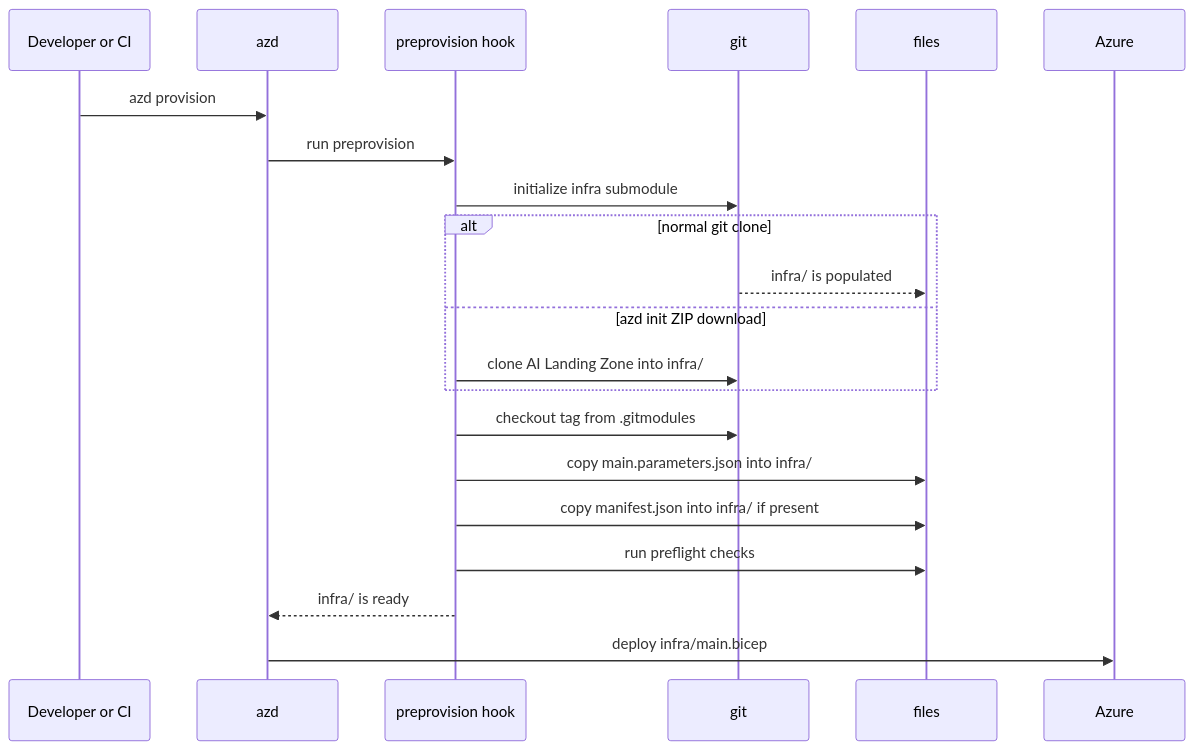
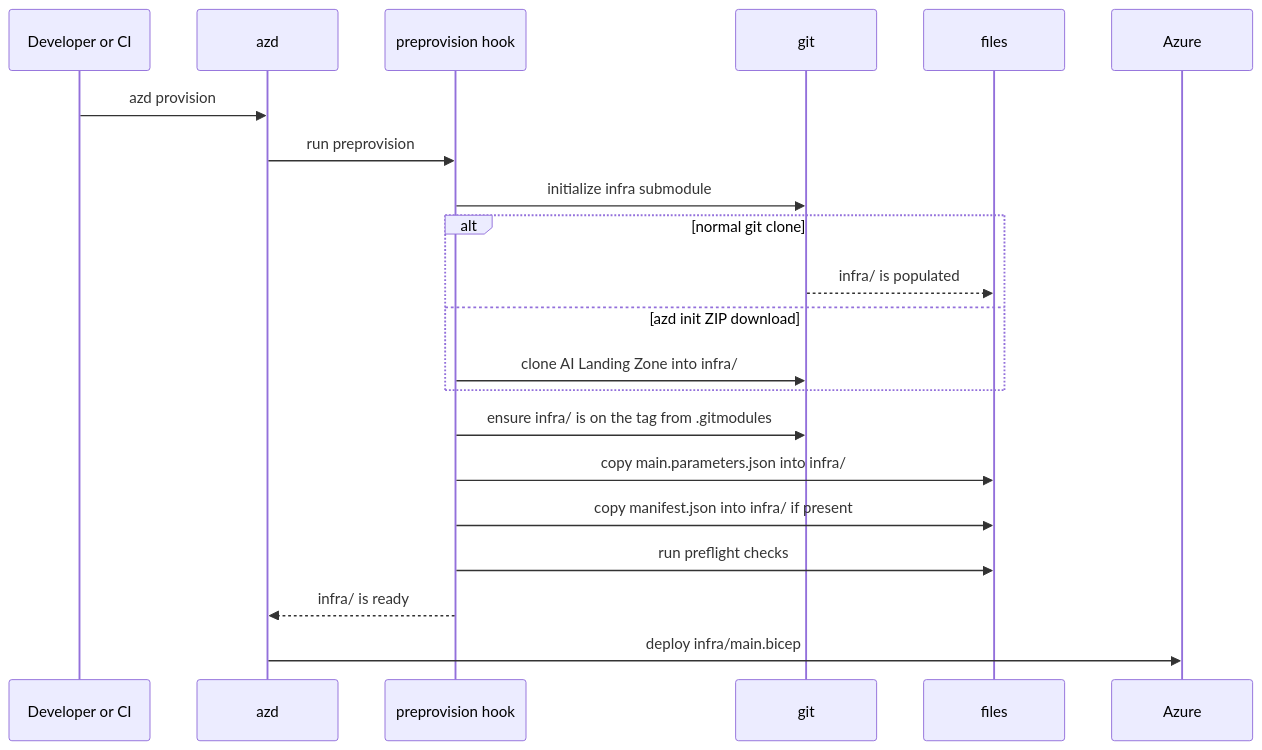
The second of 2 diagrams in docs/bicep/accelerator-pattern.md (Azure/AI-Landing-Zones), drawn with Mermaid before and after one commit. The commit also changed other lines of this file, not shown here.

Commit message:
Clarify submodule version re-pin flow

````diff
--- a/docs/bicep/accelerator-pattern.md
+++ b/docs/bicep/accelerator-pattern.md
@@ -166,23 +166,23 @@
 ```mermaid
 sequenceDiagram
     participant Dev as Developer or CI
     participant AZD as azd
     participant Hook as preprovision hook
     participant Git as git
     participant FS as files
     participant Azure as Azure
     Dev->>AZD: azd provision
     AZD->>Hook: run preprovision
     Hook->>Git: initialize infra submodule
     alt normal git clone
         Git-->>FS: infra/ is populated
     else azd init ZIP download
         Hook->>Git: clone AI Landing Zone into infra/
     end
-    Hook->>Git: checkout tag from .gitmodules
+    Hook->>Git: ensure infra/ is on the tag from .gitmodules
     Hook->>FS: copy main.parameters.json into infra/
     Hook->>FS: copy manifest.json into infra/ if present
     Hook->>FS: run preflight checks
     Hook-->>AZD: infra/ is ready
     AZD->>Azure: deploy infra/main.bicep
 ```
````
